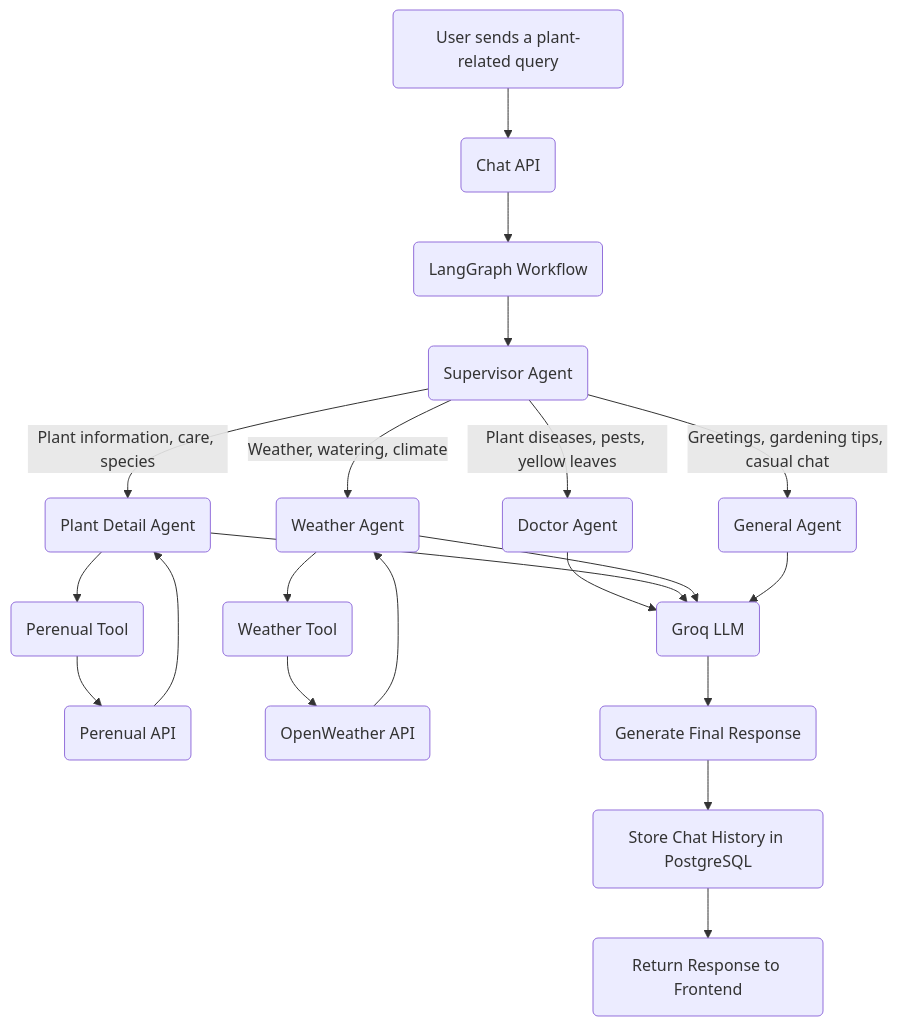
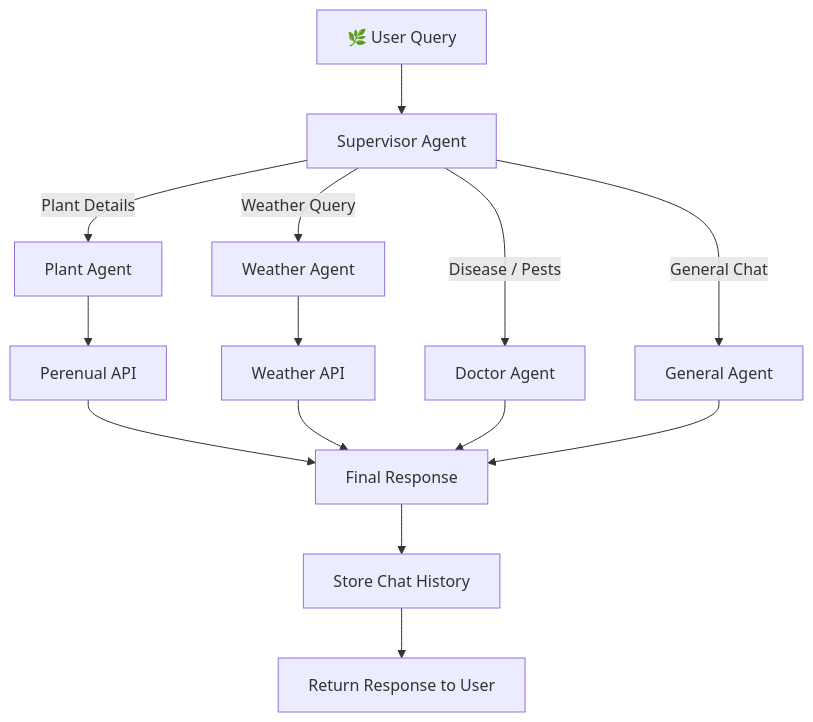
One commit to nishika931/Green_IQ changed the diagram in README.md. Above: the diagram before and after it, drawn with Mermaid. The commit also changed other lines of this file, not shown here.

Commit message:
Update README with project details and installation steps

````diff
--- a/README.md
+++ b/README.md
@@ -192,33 +192,21 @@
  ```mermaid
 flowchart TD
 
-    A(User sends a plant-related query)
-    A --> B(Chat API)
-    B --> C(LangGraph Workflow)
+    A[🌿 User Query] --> B[Supervisor Agent]
 
-    C --> D(Supervisor Agent)
+    B -->|Disease / Pests| C[Doctor Agent]
+    B -->|Plant Details| D[Plant Agent]
+    B -->|Weather Query| E[Weather Agent]
+    B -->|General Chat| F[General Agent]
 
-    D -->|Plant diseases, pests, yellow leaves| E(Doctor Agent)
-    D -->|Plant information, care, species| F(Plant Detail Agent)
-    D -->|Weather, watering, climate| G(Weather Agent)
-    D -->|Greetings, gardening tips, casual chat| H(General Agent)
+    D --> G[Perenual API]
+    E --> H[Weather API]
 
-    F --> I(Perenual Tool)
-    I --> J(Perenual API)
-    J --> F
+    G --> I[Final Response]
+    H --> I
+    C --> I
+    F --> I
 
-    G --> K(Weather Tool)
-    K --> L(OpenWeather API)
-    L --> G
-
-    E --> M(Groq LLM)
-    F --> M
-    G --> M
-    H --> M
-
-    M --> N(Generate Final Response)
-
-    N --> O(Store Chat History in PostgreSQL)
-
-    O --> P(Return Response to Frontend)
+    I --> J[Store Chat History]
+    J --> K[Return Response to User]
 ```
````
